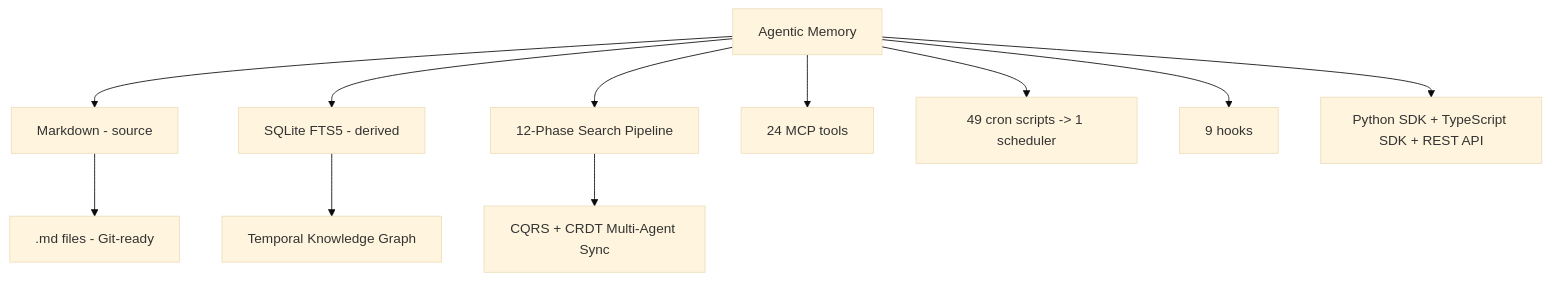
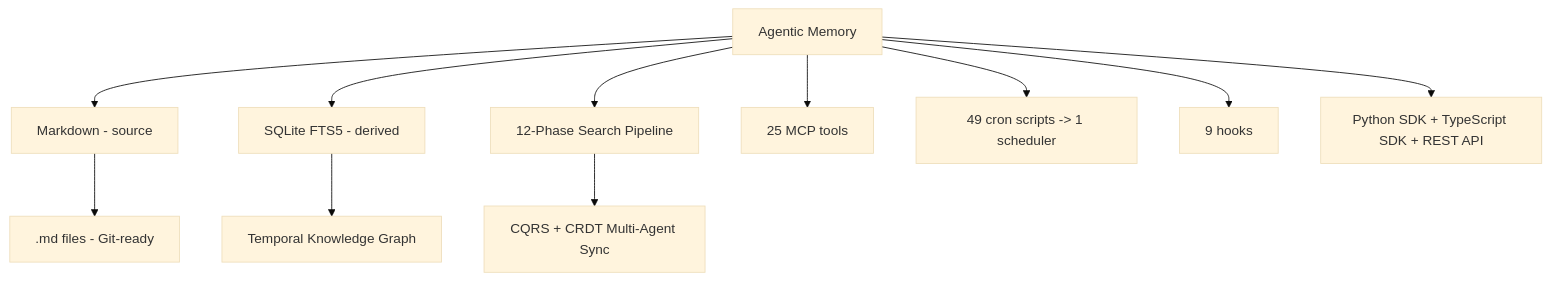
One commit to ArkaAiAdmin/Agentic-Memory changed the diagram in README.md. Above: the diagram before and after it, drawn with Mermaid (base theme). The commit also changed other lines of this file and 9 other files, not shown here.

````diff
--- a/README.md
+++ b/README.md
@@ -24,13 +24,13 @@
 ```mermaid
 graph TD
     A[Agentic Memory] --> B[Markdown - source]
     A --> C[SQLite FTS5 - derived]
     A --> D[12-Phase Search Pipeline]
     B --> E[.md files - Git-ready]
     C --> F[Temporal Knowledge Graph]
     D --> G[CQRS + CRDT Multi-Agent Sync]
-    A --> H[24 MCP tools]
+    A --> H[25 MCP tools]
     A --> I[49 cron scripts -> 1 scheduler]
     A --> J[9 hooks]
     A --> K[Python SDK + TypeScript SDK + REST API]
 ```
````
